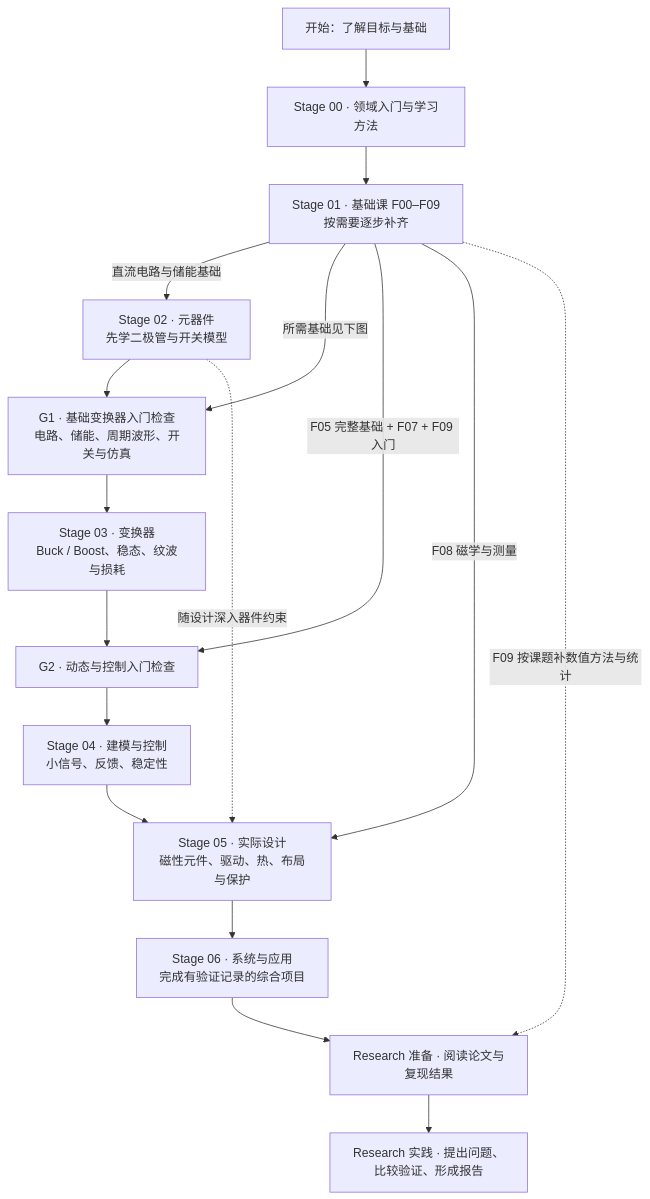
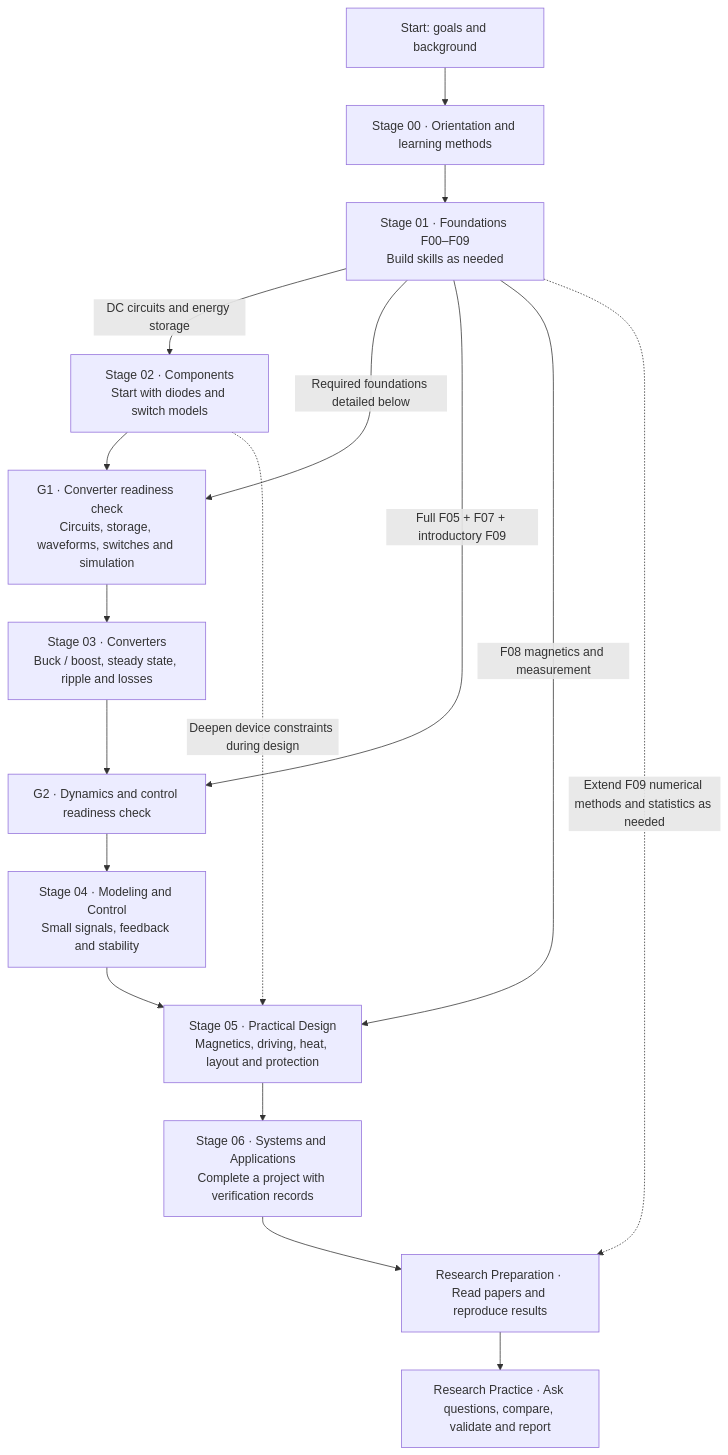
Before and after one commit to FulongLi/AIPE-Academy: the first of 2 diagrams in README.md, drawn with Mermaid. The commit also changed other lines of this file and 1 other file, not shown here.

````diff
--- a/README.md
+++ b/README.md
@@ -47,19 +49,19 @@
 ```mermaid
 flowchart TD
-    START["开始：了解目标与基础"] --> S00["Stage 00 · 领域入门与学习方法"]
-    S00 --> BASE["Stage 01 · 基础课 F00–F09<br/>按需要逐步补齐"]
-    BASE -->|"直流电路与储能基础"| S02["Stage 02 · 元器件<br/>先学二极管与开关模型"]
-    S02 --> G1["G1 · 基础变换器入门检查<br/>电路、储能、周期波形、开关与仿真"]
-    BASE -->|"所需基础见下图"| G1
-    G1 --> S03["Stage 03 · 变换器<br/>Buck / Boost、稳态、纹波与损耗"]
-    S03 --> G2["G2 · 动态与控制入门检查"]
-    BASE -->|"F05 完整基础 + F07 + F09 入门"| G2
-    G2 --> S04["Stage 04 · 建模与控制<br/>小信号、反馈、稳定性"]
-    S04 --> S05["Stage 05 · 实际设计<br/>磁性元件、驱动、热、布局与保护"]
-    BASE -->|"F08 磁学与测量"| S05
-    S02 -.->|"随设计深入器件约束"| S05
-    S05 --> S06["Stage 06 · 系统与应用<br/>完成有验证记录的综合项目"]
-    S06 --> R1["Research 准备 · 阅读论文与复现结果"]
-    BASE -.->|"F09 按课题补数值方法与统计"| R1
-    R1 --> R2["Research 实践 · 提出问题、比较验证、形成报告"]
+    START["Start: goals and background"] --> S00["Stage 00 · Orientation and learning methods"]
+    S00 --> BASE["Stage 01 · Foundations F00–F09<br/>Build skills as needed"]
+    BASE -->|"DC circuits and energy storage"| S02["Stage 02 · Components<br/>Start with diodes and switch models"]
+    S02 --> G1["G1 · Converter readiness check<br/>Circuits, storage, waveforms, switches and simulation"]
+    BASE -->|"Required foundations detailed below"| G1
+    G1 --> S03["Stage 03 · Converters<br/>Buck / boost, steady state, ripple and losses"]
+    S03 --> G2["G2 · Dynamics and control readiness check"]
+    BASE -->|"Full F05 + F07 + introductory F09"| G2
+    G2 --> S04["Stage 04 · Modeling and Control<br/>Small signals, feedback and stability"]
+    S04 --> S05["Stage 05 · Practical Design<br/>Magnetics, driving, heat, layout and protection"]
+    BASE -->|"F08 magnetics and measurement"| S05
+    S02 -.->|"Deepen device constraints during design"| S05
+    S05 --> S06["Stage 06 · Systems and Applications<br/>Complete a project with verification records"]
+    S06 --> R1["Research Preparation · Read papers and reproduce results"]
+    BASE -.->|"Extend F09 numerical methods and statistics as needed"| R1
+    R1 --> R2["Research Practice · Ask questions, compare, validate and report"]
 ```
````
